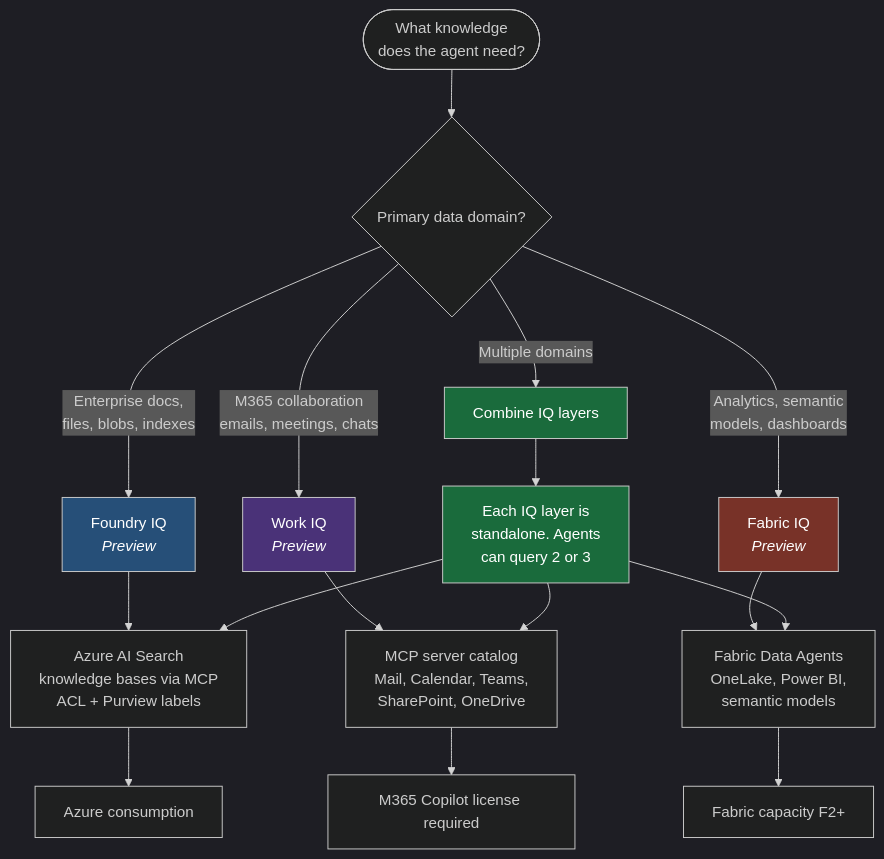
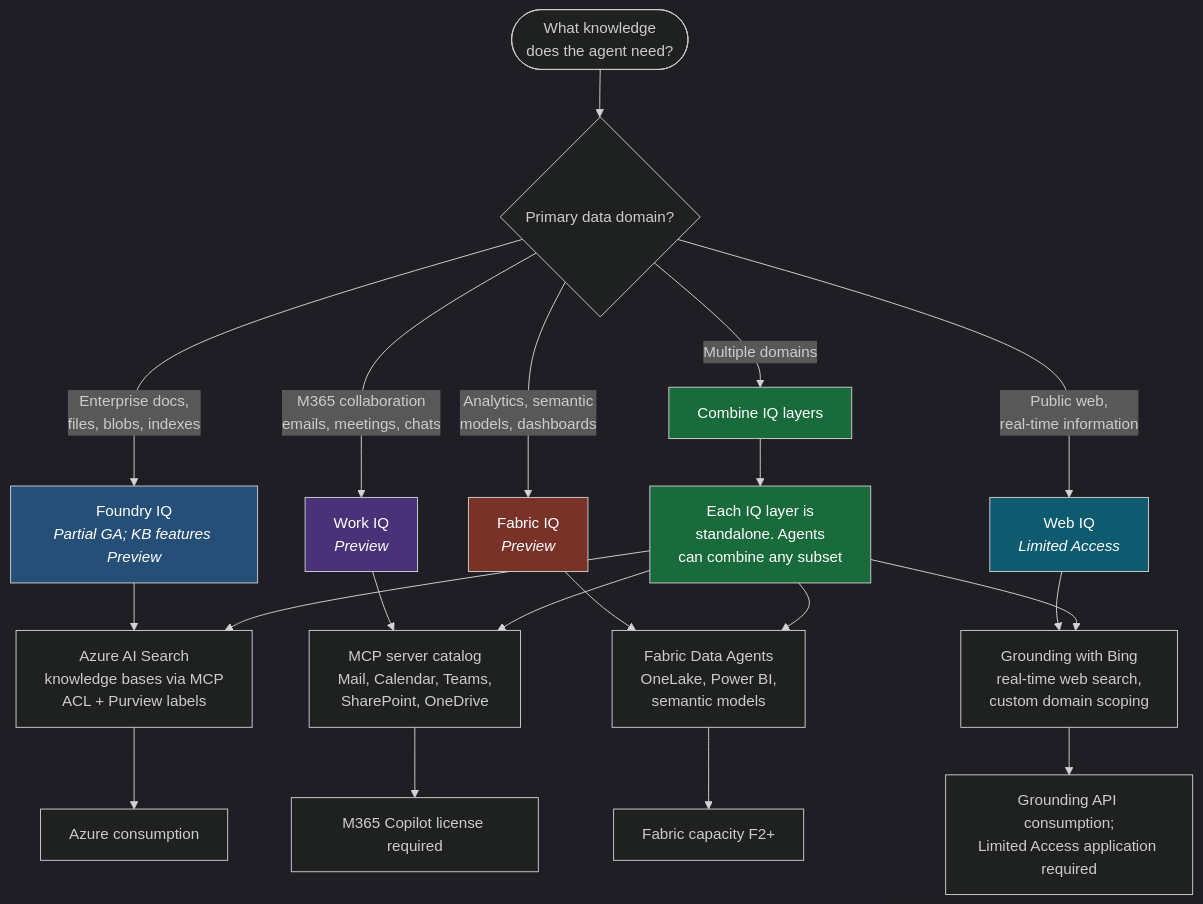
Before and after one commit to microsoft/Microsoft-AI-Decision-Framework: the tenth of 10 diagrams in docs/visual-framework.md, drawn with Mermaid. The commit also changed other lines of this file and 11 other files, not shown here.

````diff
--- a/docs/visual-framework.md
+++ b/docs/visual-framework.md
@@ -1056,30 +1056,35 @@
 ```mermaid
 %%{init: {'theme':'dark'}}%%
 flowchart TD
     Start([What knowledge<br/>does the agent need?]) --> Domain{Primary data domain?}
-    
-    Domain -->|Enterprise docs,<br/>files, blobs, indexes| FIQ[Foundry IQ<br/><i>Preview</i>]
+
+    Domain -->|Enterprise docs,<br/>files, blobs, indexes| FIQ[Foundry IQ<br/><i>Partial GA; KB features Preview</i>]
     Domain -->|M365 collaboration<br/>emails, meetings, chats| WIQ[Work IQ<br/><i>Preview</i>]
     Domain -->|Analytics, semantic<br/>models, dashboards| FBIQ[Fabric IQ<br/><i>Preview</i>]
+    Domain -->|Public web,<br/>real-time information| WEBIQ[Web IQ<br/><i>Limited Access</i>]
     Domain -->|Multiple domains| Multi[Combine IQ layers]
-    
+
     FIQ --> FIQ_Detail[Azure AI Search<br/>knowledge bases via MCP<br/>ACL + Purview labels]
     WIQ --> WIQ_Detail[MCP server catalog<br/>Mail, Calendar, Teams,<br/>SharePoint, OneDrive]
     FBIQ --> FBIQ_Detail[Fabric Data Agents<br/>OneLake, Power BI,<br/>semantic models]
-    
-    Multi --> Combine[Each IQ layer is<br/>standalone. Agents<br/>can query 2 or 3]
-    
+    WEBIQ --> WEBIQ_Detail[Grounding with Bing<br/>real-time web search,<br/>custom domain scoping]
+
+    Multi --> Combine[Each IQ layer is<br/>standalone. Agents<br/>can combine any subset]
+
     Combine --> FIQ_Detail
     Combine --> WIQ_Detail
     Combine --> FBIQ_Detail
-    
+    Combine --> WEBIQ_Detail
+
     FIQ_Detail --> License1[Azure consumption]
     WIQ_Detail --> License2[M365 Copilot license required]
     FBIQ_Detail --> License3[Fabric capacity F2+]
-    
+    WEBIQ_Detail --> License4[Grounding API consumption;<br/>Limited Access application required]
+
     style FIQ fill:#264f78,color:#fff
     style WIQ fill:#4a3278,color:#fff
     style FBIQ fill:#783228,color:#fff
+    style WEBIQ fill:#0e5a6f,color:#fff
     style Multi fill:#1a6b3c,color:#fff
     style Combine fill:#1a6b3c,color:#fff
 ```
````
